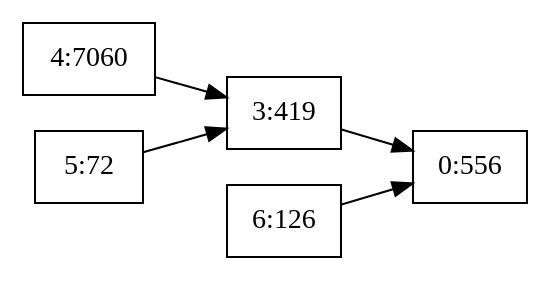
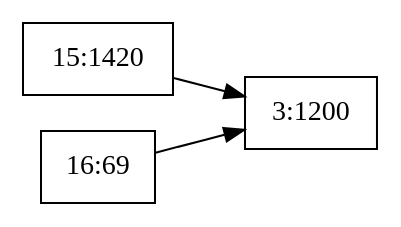
One commit to agongdai/peta changed the diagram in graph/rm_after_update_2.dot. Above: the diagram before and after it, drawn with Graphviz. The commit also changed 23 other files, not shown here.

```diff
--- a/graph/rm_after_update_2.dot
+++ b/graph/rm_after_update_2.dot
@@ -1,12 +1,8 @@
 digraph g { 
 	rankdir = LR 
-	0 [shape=box, label="0:556"] 
-	3 [shape=box, label="3:419"] 
-	3 -> 0
-	4 [shape=box, label="4:7060"] 
-	4 -> 3
-	5 [shape=box, label="5:72"] 
-	5 -> 3
-	6 [shape=box, label="6:126"] 
-	6 -> 0
+	3 [shape=box, label="3:1200"] 
+	15 [shape=box, label="15:1420"] 
+	15 -> 3
+	16 [shape=box, label="16:69"] 
+	16 -> 3
 } 
```
